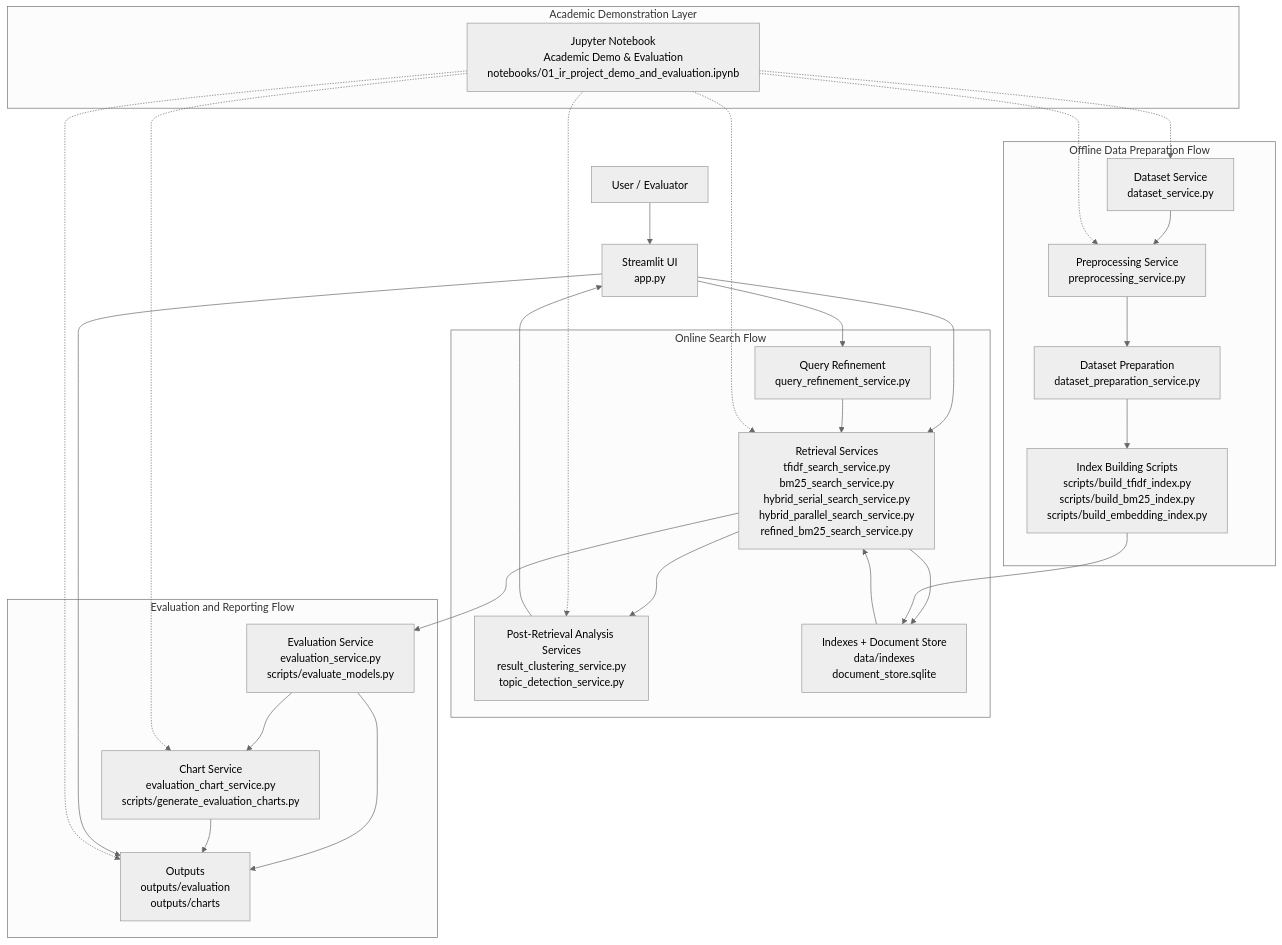
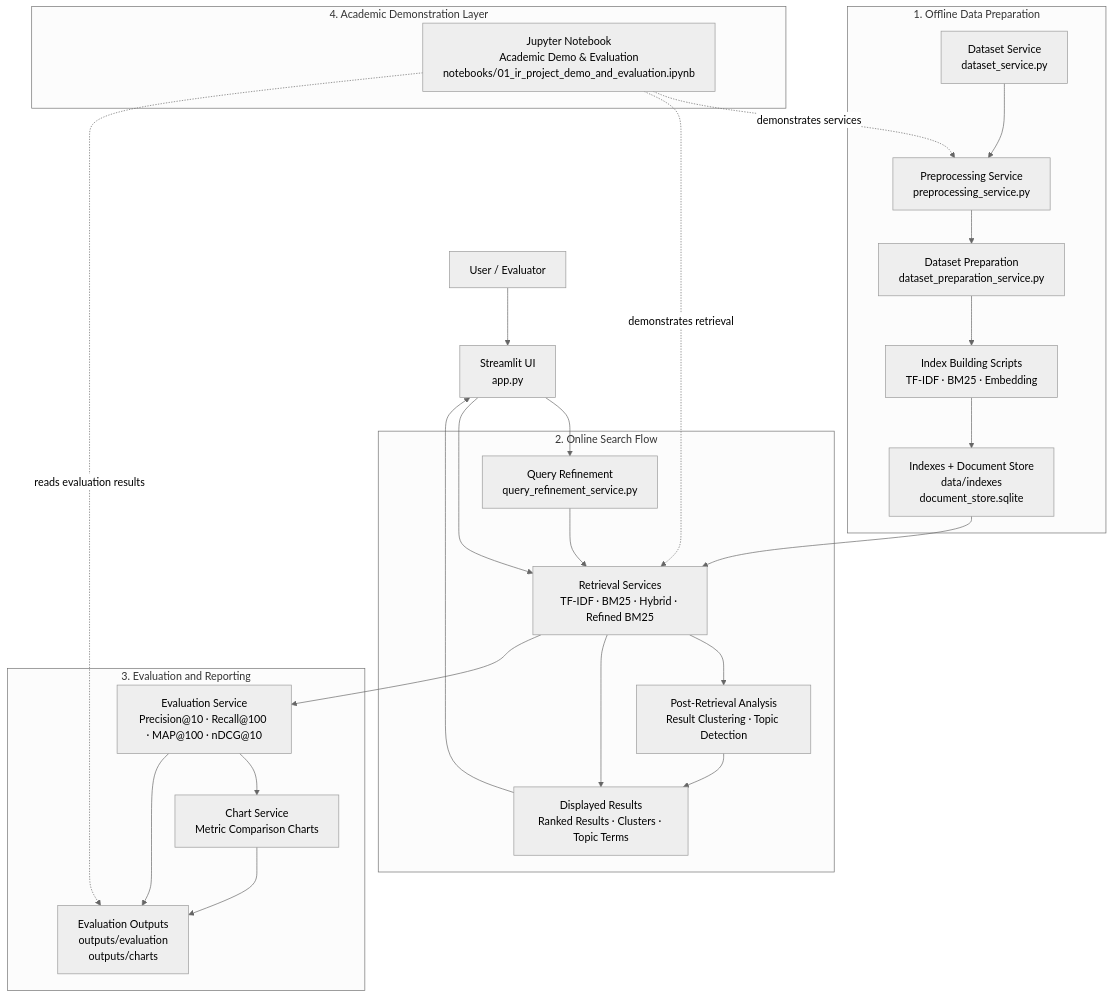
One commit to maya-mahairy/information-retrieval-system changed the diagram in report/architecture_diagram.md. Above: the diagram before and after it, drawn with Mermaid (neutral theme). The commit also changed other lines of this file, not shown here.

Commit message:
arch diagram

````diff
--- a/report/architecture_diagram.md
+++ b/report/architecture_diagram.md
@@ -1,61 +1,57 @@
 ```mermaid
 flowchart TD
 
     USER["User / Evaluator"]
     UI["Streamlit UI<br/>app.py"]
 
-    USER --> UI
+    subgraph OFFLINE["1. Offline Data Preparation"]
+        DS["Dataset Service<br/>dataset_service.py"]
+        PRE["Preprocessing Service<br/>preprocessing_service.py"]
+        DPREP["Dataset Preparation<br/>dataset_preparation_service.py"]
+        BUILD["Index Building Scripts<br/>TF-IDF · BM25 · Embedding"]
+        STORE["Indexes + Document Store<br/>data/indexes<br/>document_store.sqlite"]
 
-    subgraph ONLINE["Online Search Flow"]
-        QR["Query Refinement<br/>query_refinement_service.py"]
-        RET["Retrieval Services<br/>tfidf_search_service.py<br/>bm25_search_service.py<br/>hybrid_serial_search_service.py<br/>hybrid_parallel_search_service.py<br/>refined_bm25_search_service.py"]
-        ANALYSIS["Post-Retrieval Analysis Services<br/>result_clustering_service.py<br/>topic_detection_service.py"]
-        STORE["Indexes + Document Store<br/>data/indexes<br/>document_store.sqlite"]
+        DS --> PRE
+        PRE --> DPREP
+        DPREP --> BUILD
+        BUILD --> STORE
     end
 
-    subgraph OFFLINE["Offline Data Preparation Flow"]
-        DS["Dataset Service<br/>dataset_service.py"]
-        PREP["Preprocessing Service<br/>preprocessing_service.py"]
-        DPREP["Dataset Preparation<br/>dataset_preparation_service.py"]
-        BUILD["Index Building Scripts<br/>scripts/build_tfidf_index.py<br/>scripts/build_bm25_index.py<br/>scripts/build_embedding_index.py"]
+    subgraph ONLINE["2. Online Search Flow"]
+        QR["Query Refinement<br/>query_refinement_service.py"]
+        RET["Retrieval Services<br/>TF-IDF · BM25 · Hybrid · Refined BM25"]
+        ANALYSIS["Post-Retrieval Analysis<br/>Result Clustering · Topic Detection"]
+        RESULTS["Displayed Results<br/>Ranked Results · Clusters · Topic Terms"]
+
+        QR --> RET
+        RET --> ANALYSIS
+        RET --> RESULTS
+        ANALYSIS --> RESULTS
     end
 
-    subgraph EVALUATION["Evaluation and Reporting Flow"]
-        EV["Evaluation Service<br/>evaluation_service.py<br/>scripts/evaluate_models.py"]
-        CH["Chart Service<br/>evaluation_chart_service.py<br/>scripts/generate_evaluation_charts.py"]
-        OUT["Outputs<br/>outputs/evaluation<br/>outputs/charts"]
+    subgraph EVAL["3. Evaluation and Reporting"]
+        EV["Evaluation Service<br/>Precision@10 · Recall@100 · MAP@100 · nDCG@10"]
+        CHARTS["Chart Service<br/>Metric Comparison Charts"]
+        OUT["Evaluation Outputs<br/>outputs/evaluation<br/>outputs/charts"]
+
+        EV --> CHARTS
+        EV --> OUT
+        CHARTS --> OUT
     end
 
-    subgraph ACADEMIC["Academic Demonstration Layer"]
-        NB["Jupyter Notebook<br/>Academic Demo &amp; Evaluation<br/>notebooks/01_ir_project_demo_and_evaluation.ipynb"]
+    subgraph ACADEMIC["4. Academic Demonstration Layer"]
+        NB["Jupyter Notebook<br/>Academic Demo & Evaluation<br/>notebooks/01_ir_project_demo_and_evaluation.ipynb"]
     end
 
+    USER --> UI
     UI --> QR
     UI --> RET
-    QR --> RET
-
-    RET --> STORE
     STORE --> RET
-
-    RET --> ANALYSIS
-    ANALYSIS --> UI
-
-    DS --> PREP
-    PREP --> DPREP
-    DPREP --> BUILD
-    BUILD --> STORE
+    RESULTS --> UI
 
     RET --> EV
-    EV --> CH
-    EV --> OUT
-    CH --> OUT
 
-    UI --> OUT
-
-    NB -.-> DS
-    NB -.-> PREP
-    NB -.-> RET
-    NB -.-> OUT
-    NB -.-> CH
-    NB -.-> ANALYSIS
+    NB -. "demonstrates services" .-> PRE
+    NB -. "demonstrates retrieval" .-> RET
+    NB -. "reads evaluation results" .-> OUT
 ```
````
